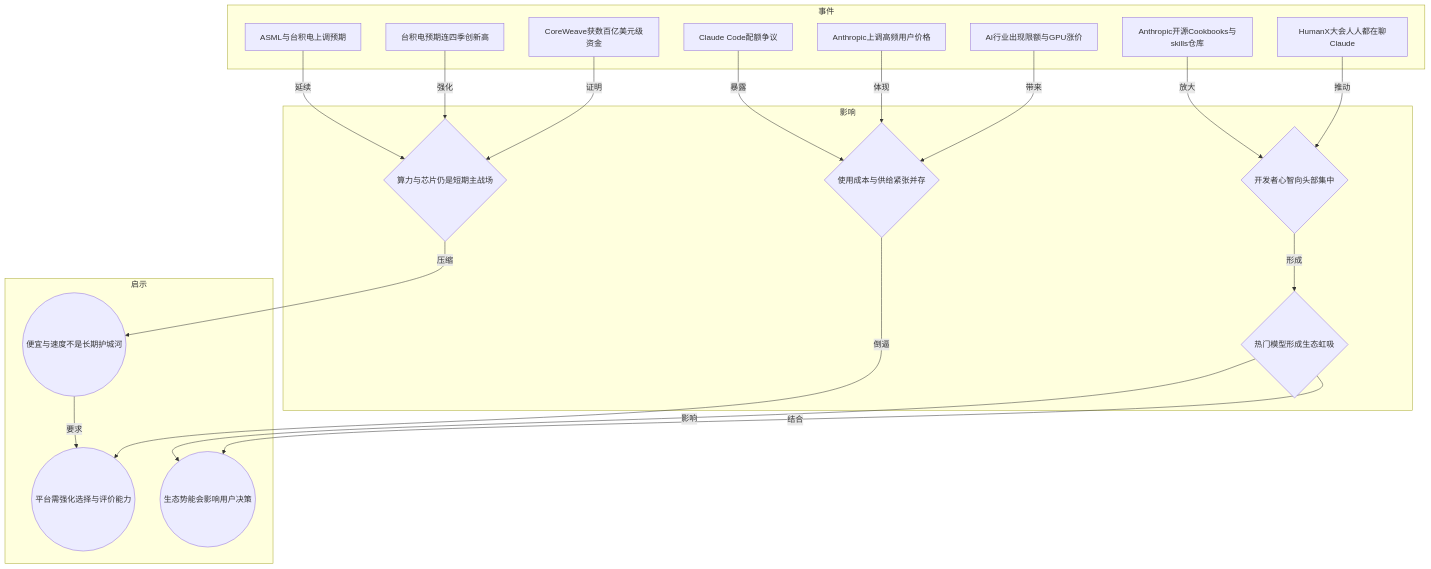
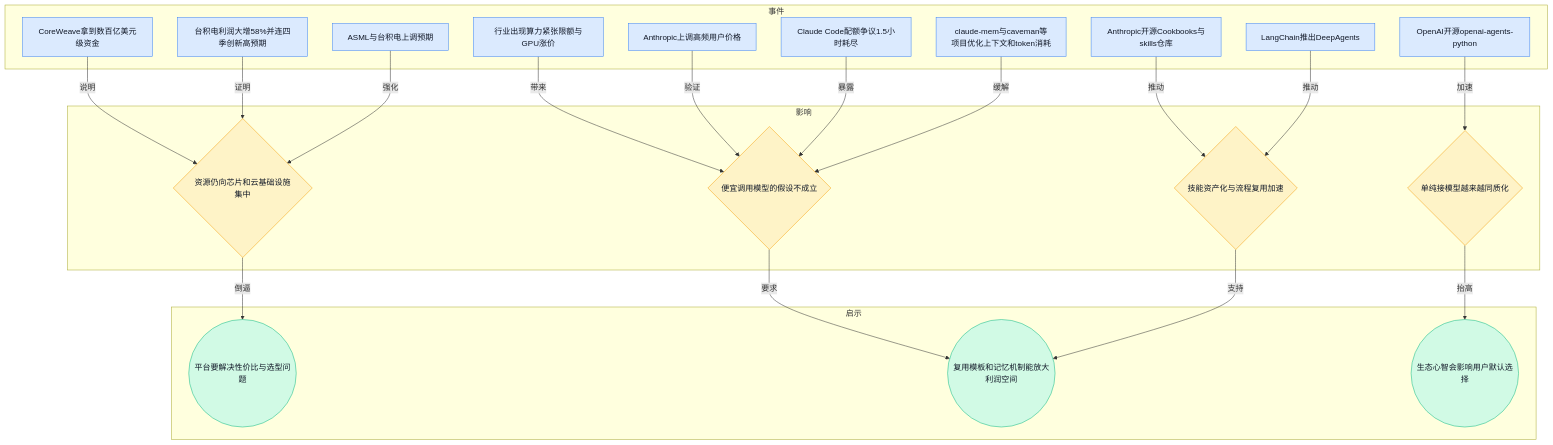
One commit to ylzsdafei/ai-daily-site changed the sixth of 8 diagrams in content/cn/blog/weekly/2026-W16.md. Above: the diagram before and after it, drawn with Mermaid. The commit also changed other lines of this file and 1 other file, not shown here.

````diff
--- a/content/cn/blog/weekly/2026-W16.md
+++ b/content/cn/blog/weekly/2026-W16.md
@@ -153,38 +170,46 @@
 ```mermaid
 graph TD
 subgraph 事件
-A[CoreWeave获数百亿美元级资金]
-B[台积电预期连四季创新高]
-C[ASML与台积电上调预期]
-D[AI行业出现限额与GPU涨价]
-E[Anthropic上调高频用户价格]
-F[HumanX大会人人都在聊Claude]
-G[Anthropic开源Cookbooks与skills仓库]
-H[Claude Code配额争议]
+A1[CoreWeave拿到数百亿美元级资金]
+A2[台积电利润大增58%并连四季创新高预期]
+A3[ASML与台积电上调预期]
+A4[行业出现算力紧张限额与GPU涨价]
+A5[Anthropic上调高频用户价格]
+A6[Claude Code配额争议1.5小时耗尽]
+A7[Anthropic开源Cookbooks与skills仓库]
+A8[LangChain推出DeepAgents]
+A9[OpenAI开源openai-agents-python]
+A10[claude-mem与caveman等项目优化上下文和token消耗]
 end
 subgraph 影响
-I{算力与芯片仍是短期主战场}
-J{热门模型形成生态虹吸}
-K{使用成本与供给紧张并存}
-L{开发者心智向头部集中}
+B1{资源仍向芯片和云基础设施集中}
+B2{便宜调用模型的假设不成立}
+B3{技能资产化与流程复用加速}
+B4{单纯接模型越来越同质化}
 end
 subgraph 启示
-M((便宜与速度不是长期护城河))
-N((平台需强化选择与评价能力))
-O((生态势能会影响用户决策))
+C1((平台要解决性价比与选型问题))
+C2((复用模板和记忆机制能放大利润空间))
+C3((生态心智会影响用户默认选择))
 end
-A -->|证明| I
-B -->|强化| I
-C -->|延续| I
-D -->|带来| K
-E -->|体现| K
-H -->|暴露| K
-F -->|推动| L
-G -->|放大| L
-I -->|压缩| M
-J -->|结合| O
-K -->|倒逼| N
-L -->|形成| J
-J -->|影响| O
-M -->|要求| N
+A1 -->|说明| B1
+A2 -->|证明| B1
+A3 -->|强化| B1
+A4 -->|带来| B2
+A5 -->|验证| B2
+A6 -->|暴露| B2
+A7 -->|推动| B3
+A8 -->|推动| B3
+A9 -->|加速| B4
+A10 -->|缓解| B2
+B1 -->|倒逼| C1
+B2 -->|要求| C2
+B3 -->|支持| C2
+B4 -->|抬高| C3
+classDef blue fill:#dbeafe,stroke:#3b82f6,color:#111827
+classDef yellow fill:#fef3c7,stroke:#f59e0b,color:#111827
+classDef green fill:#d1fae5,stroke:#10b981,color:#111827
+class A1,A2,A3,A4,A5,A6,A7,A8,A9,A10 blue
+class B1,B2,B3,B4 yellow
+class C1,C2,C3 green
 ```
````
